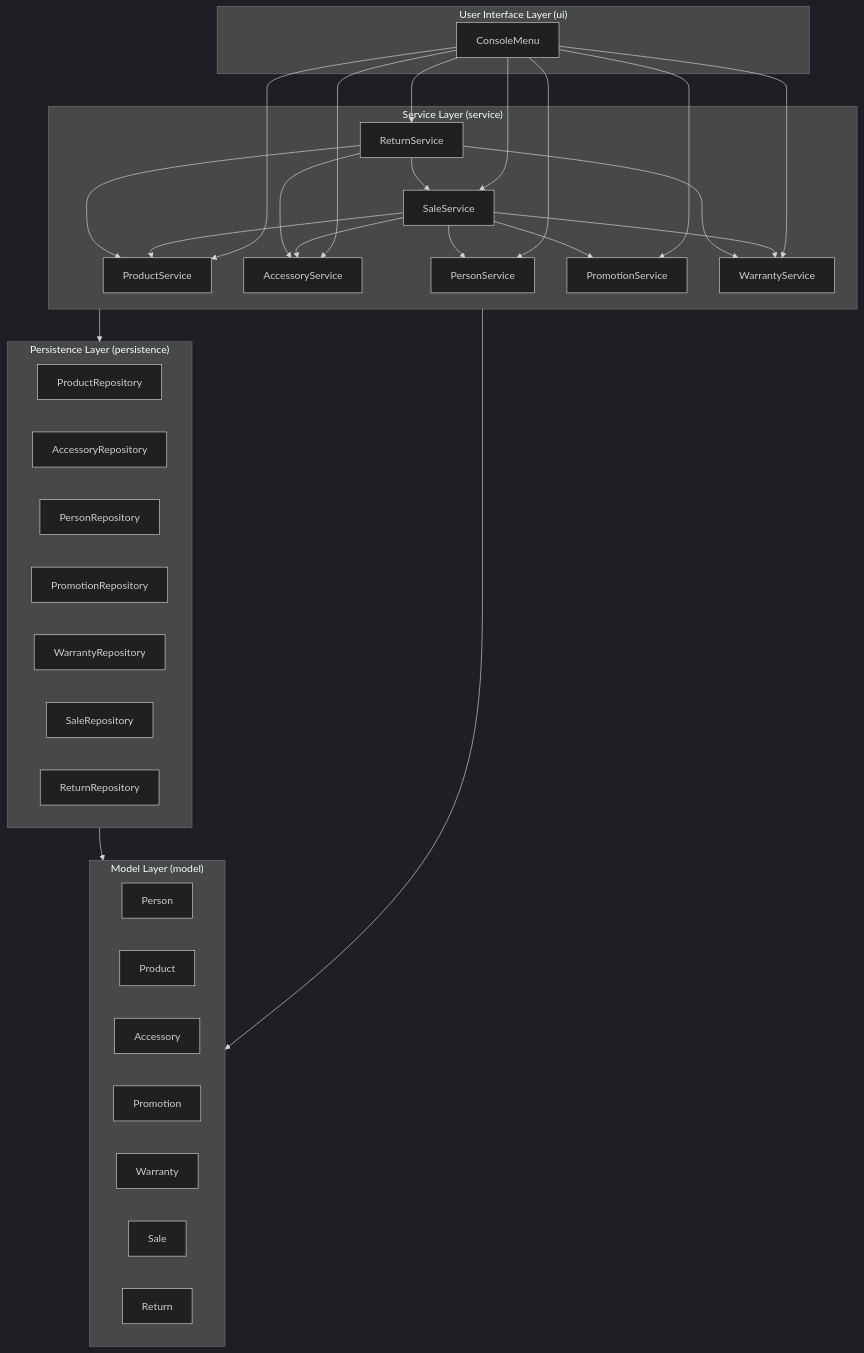
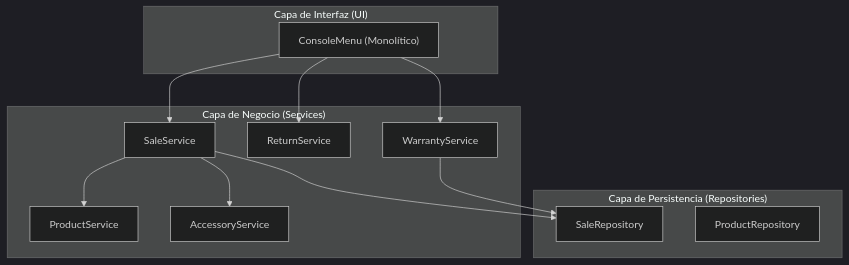
Before and after one commit to samueldrangel/GameZoneUnicesar2: the diagram in docs/layers-diagram.md, drawn with Mermaid (dark theme).

Commit message:
docs: layer diagram before GRASP

````diff
--- a/docs/layers-diagram.md
+++ b/docs/layers-diagram.md
@@ -1,55 +1,27 @@
 ```mermaid
 graph TD
-    subgraph UI ["User Interface Layer (ui)"]
-        ConsoleMenu
-    end
-    subgraph Service ["Service Layer (service)"]
-        ProductService
-        AccessoryService
-        PersonService
-        PromotionService
-        WarrantyService
-        SaleService
-        ReturnService
-    end
-    subgraph Persistence ["Persistence Layer (persistence)"]
-        ProductRepository
-        AccessoryRepository
-        PersonRepository
-        PromotionRepository
-        WarrantyRepository
-        SaleRepository
-        ReturnRepository
-    end
-    subgraph Model ["Model Layer (model)"]
-        Person
-        Product
-        Accessory
-        Promotion
-        Warranty
-        Sale
-        Return
+    subgraph UI ["Capa de Interfaz (UI)"]
+        ConsoleMenu["ConsoleMenu (Monolítico)"]
     end
 
-    ConsoleMenu --> ProductService
-    ConsoleMenu --> AccessoryService
-    ConsoleMenu --> PersonService
-    ConsoleMenu --> PromotionService
-    ConsoleMenu --> WarrantyService
+    subgraph Service ["Capa de Negocio (Services)"]
+        SaleService["SaleService"]
+        ReturnService["ReturnService"]
+        WarrantyService["WarrantyService"]
+        ProductService["ProductService"]
+        AccessoryService["AccessoryService"]
+    end
+
+    subgraph Persistence ["Capa de Persistencia (Repositories)"]
+        SaleRepository["SaleRepository"]
+        ProductRepository["ProductRepository"]
+    end
+
     ConsoleMenu --> SaleService
     ConsoleMenu --> ReturnService
-
+    ConsoleMenu --> WarrantyService
     SaleService --> ProductService
     SaleService --> AccessoryService
-    SaleService --> PersonService
-    SaleService --> PromotionService
-    SaleService --> WarrantyService
-    ReturnService --> SaleService
-    ReturnService --> ProductService
-    ReturnService --> AccessoryService
-    ReturnService --> WarrantyService
-
-    Service --> Persistence
-    Service --> Model
-    Persistence --> Model
+    SaleService --> SaleRepository
+    WarrantyService --> SaleRepository
 ```
````
